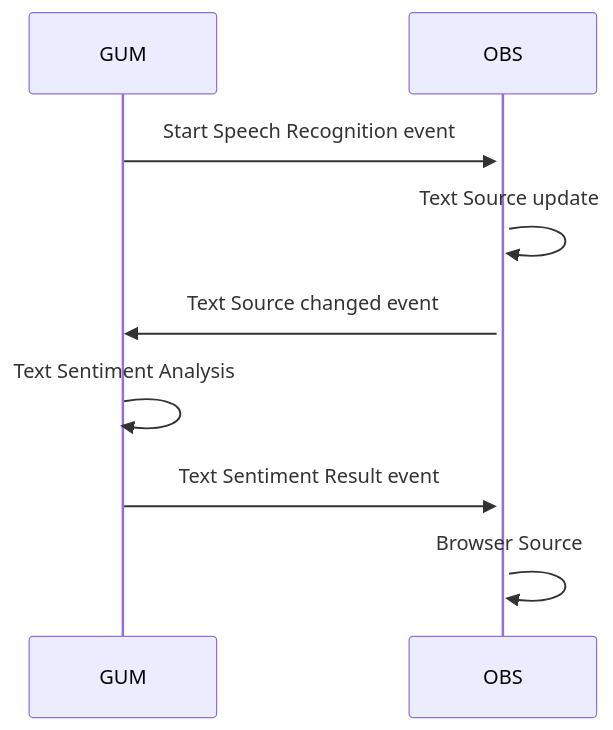
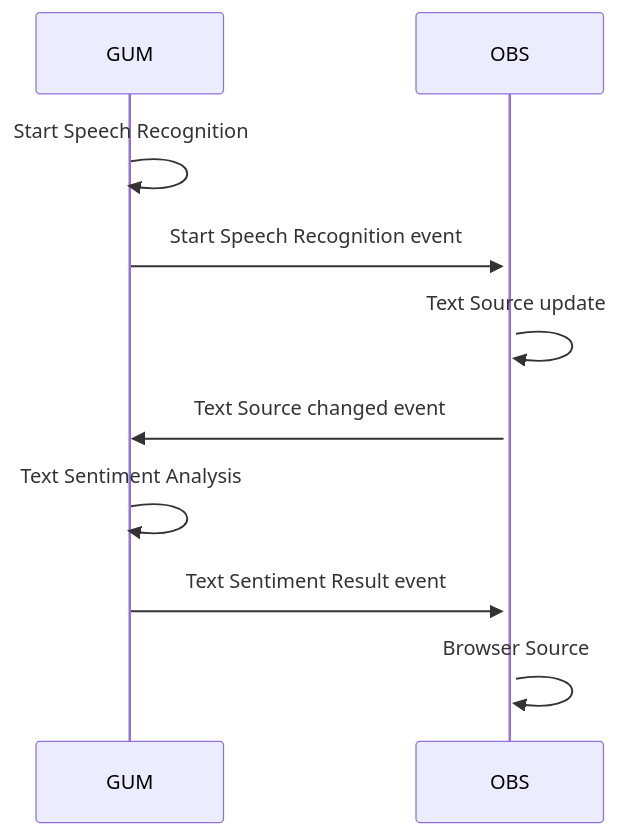
One commit to UUoocl/GUM changed the second of 2 diagrams in README.md. Above: the diagram before and after it, drawn with Mermaid.

````diff
--- a/README.md
+++ b/README.md
@@ -253,9 +253,10 @@
 ```mermaid
 sequenceDiagram
+    GUM->>GUM: Start Speech Recognition 
     GUM->>+OBS: Start Speech Recognition event
     OBS->>OBS: Text Source update 
     OBS->>GUM: Text Source changed event
     GUM->>GUM: Text Sentiment Analysis
     GUM->>OBS: Text Sentiment Result event
     OBS->>OBS: Browser Source 
 ```
````
